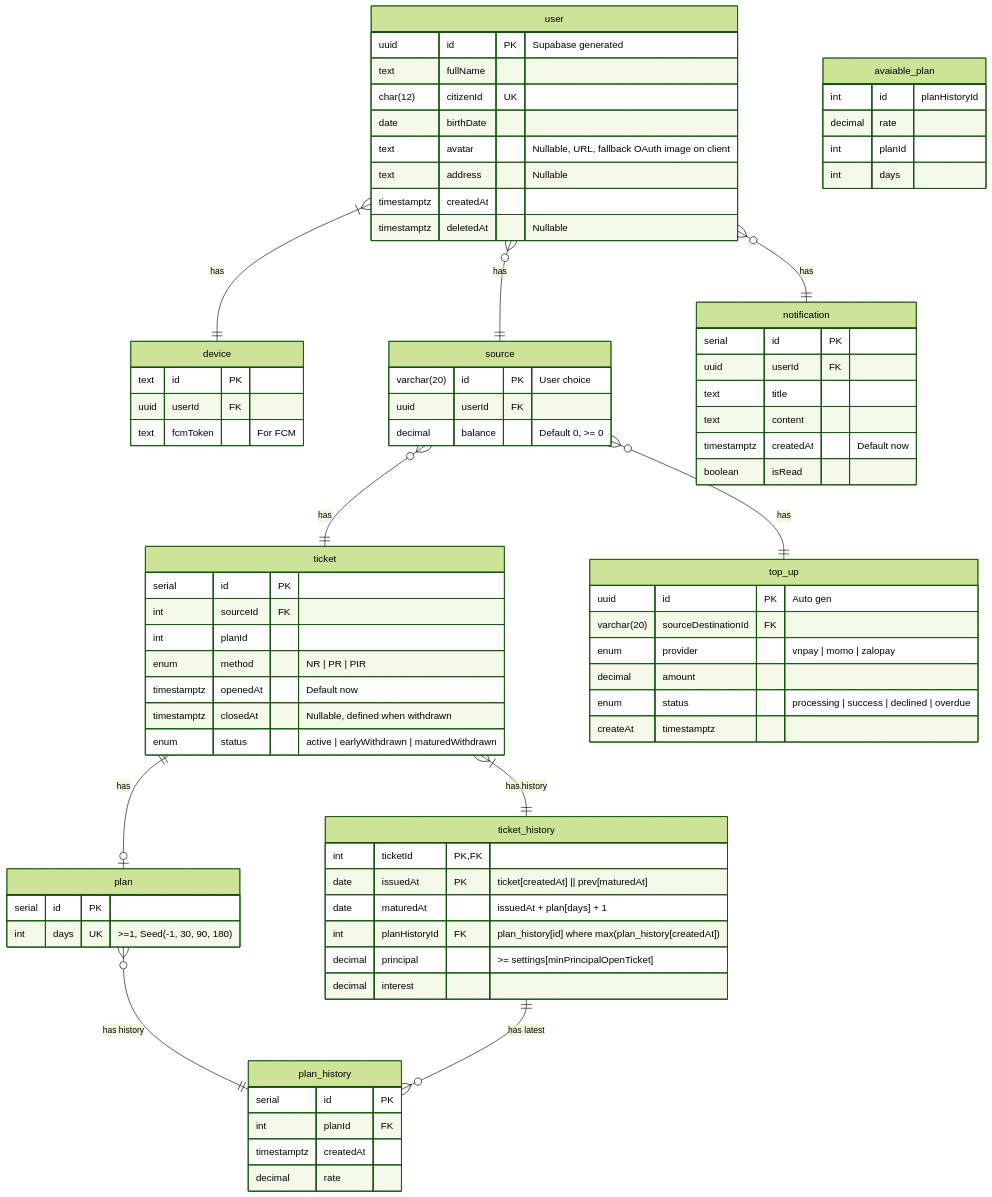
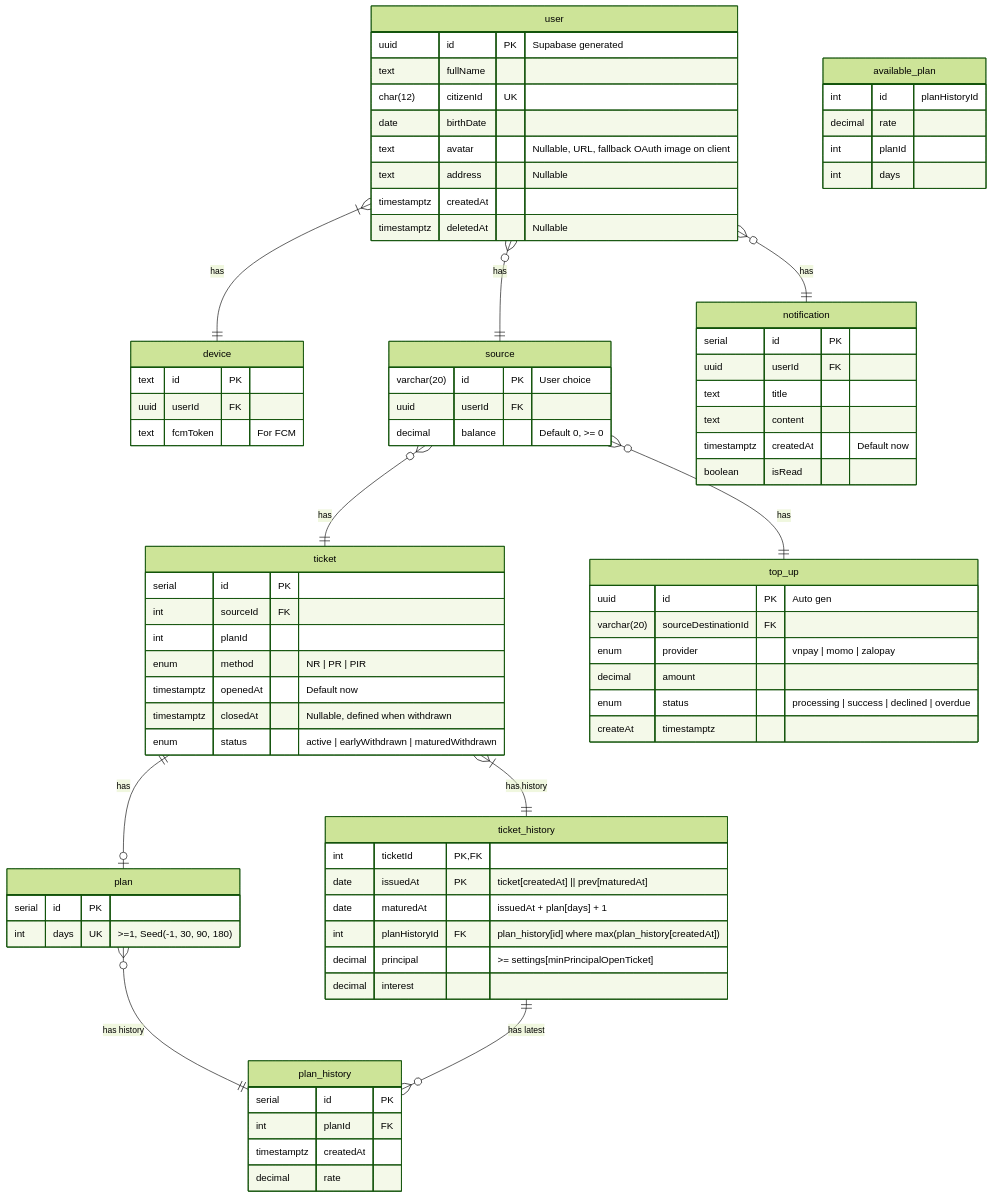
One commit to coinhub-uit/coinhub-uit.github.io changed the first of 3 diagrams in docs/diagrams/database/index.md. Above: the diagram before and after it, drawn with Mermaid (forest theme). The commit also changed other lines of this file and 7 other files, not shown here.

```diff
--- a/docs/diagrams/database/index.md
+++ b/docs/diagrams/database/index.md
@@ -71,7 +71,7 @@
     boolean isRead
   }
 
-  avaiable_plan {
+  available_plan {
     int id "planHistoryId"
     decimal rate
     int planId
```
